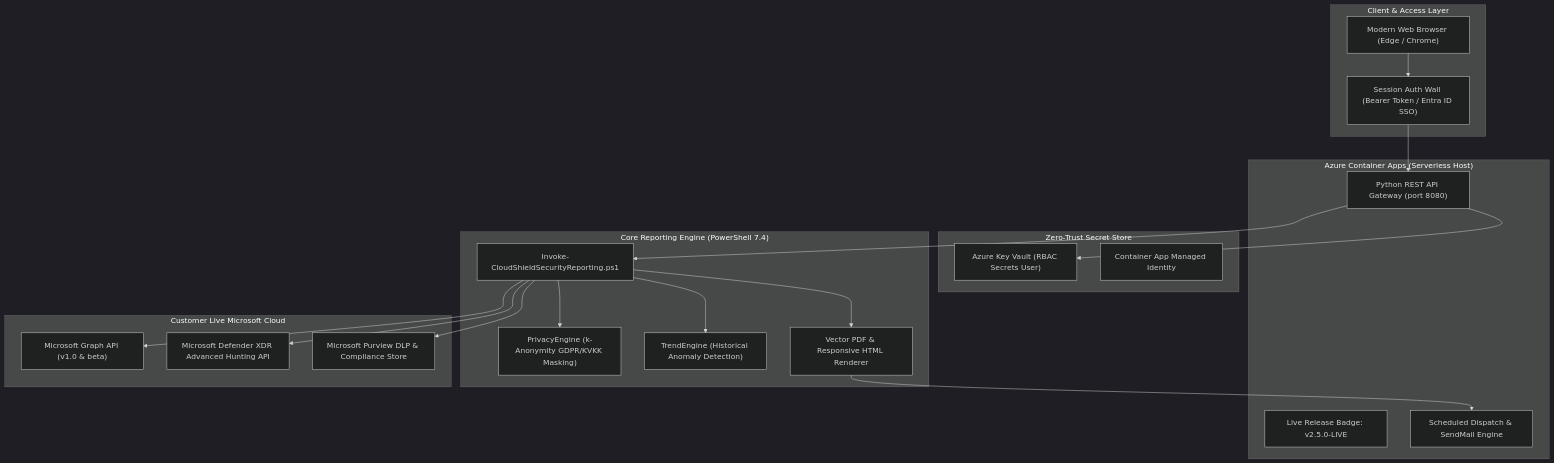
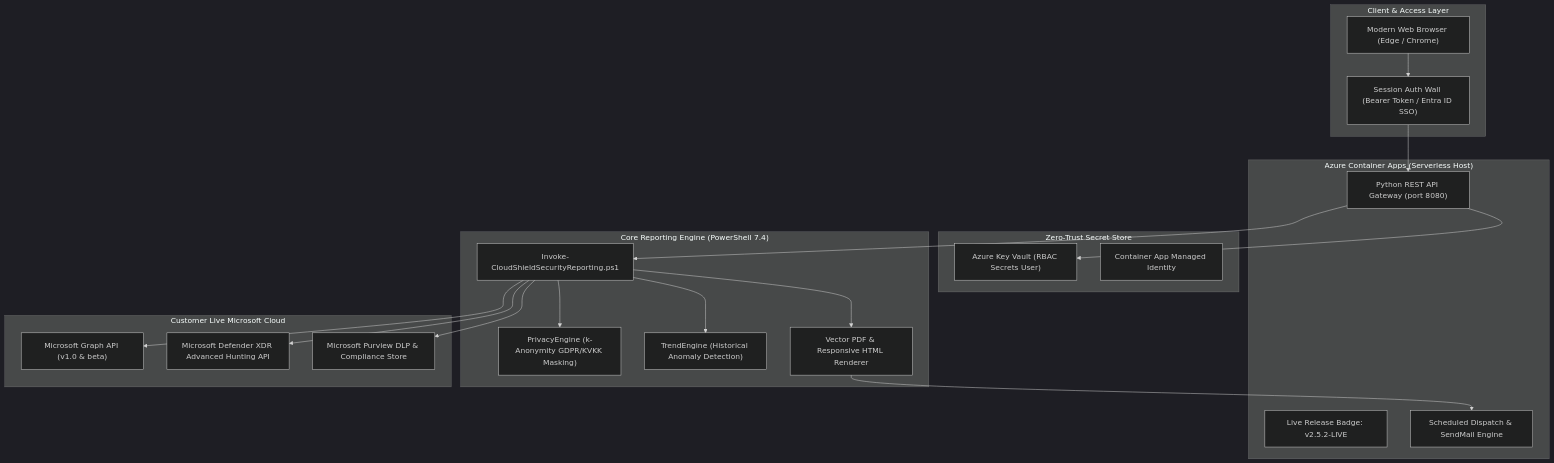
Before and after one commit to canercetinkaya/cloudshield-mssp-portal: the diagram in README.md, drawn with Mermaid (dark theme). The commit also changed other lines of this file and 3 other files, not shown here.

Commit message:
release(v2.5.3-LIVE): fix Zero SOC compliance, update README badges, and ensure revision traffic routing [build: 2026.09.10.3]

````diff
--- a/README.md
+++ b/README.md
@@ -31,43 +31,43 @@
 ```mermaid
 flowchart TD
     subgraph ClientLayer ["Client & Access Layer"]
         Browser["Modern Web Browser (Edge / Chrome)"]
         AuthWall["Session Auth Wall (Bearer Token / Entra ID SSO)"]
     end
 
     subgraph PortalLayer ["Azure Container Apps (Serverless Host)"]
         WebServer["Python REST API Gateway (port 8080)"]
-        VersionBadge["Live Release Badge: v2.5.0-LIVE"]
+        VersionBadge["Live Release Badge: v2.5.2-LIVE"]
         ReportDispatcher["Scheduled Dispatch & SendMail Engine"]
     end
 
     subgraph SecurityVault ["Zero-Trust Secret Store"]
         AKV["Azure Key Vault (RBAC Secrets User)"]
         ManagedIdentity["Container App Managed Identity"]
     end
 
     subgraph EngineLayer ["Core Reporting Engine (PowerShell 7.4)"]
         EngineMain["Invoke-CloudShieldSecurityReporting.ps1"]
         PrivacyEngine["PrivacyEngine (k-Anonymity GDPR/KVKK Masking)"]
         TrendEngine["TrendEngine (Historical Anomaly Detection)"]
         Renderer["Vector PDF & Responsive HTML Renderer"]
     end
 
     subgraph MicrosoftCloud ["Customer Live Microsoft Cloud"]
         GraphAPI["Microsoft Graph API (v1.0 & beta)"]
         DefenderAPI["Microsoft Defender XDR Advanced Hunting API"]
         PurviewDLP["Microsoft Purview DLP & Compliance Store"]
     end
 
     Browser --> AuthWall
     AuthWall --> WebServer
     WebServer --> AKV
     WebServer --> EngineMain
     EngineMain --> PrivacyEngine
     EngineMain --> TrendEngine
     EngineMain --> Renderer
     EngineMain --> GraphAPI
     EngineMain --> DefenderAPI
     EngineMain --> PurviewDLP
     Renderer --> ReportDispatcher
 ```
````
